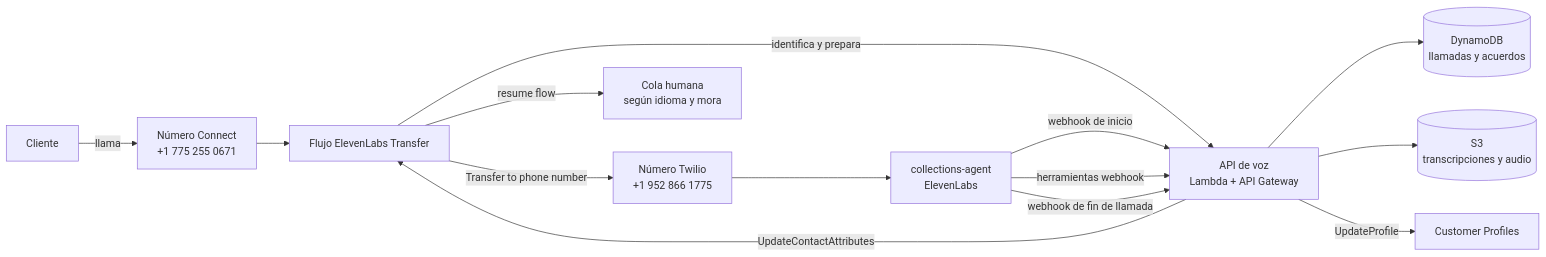
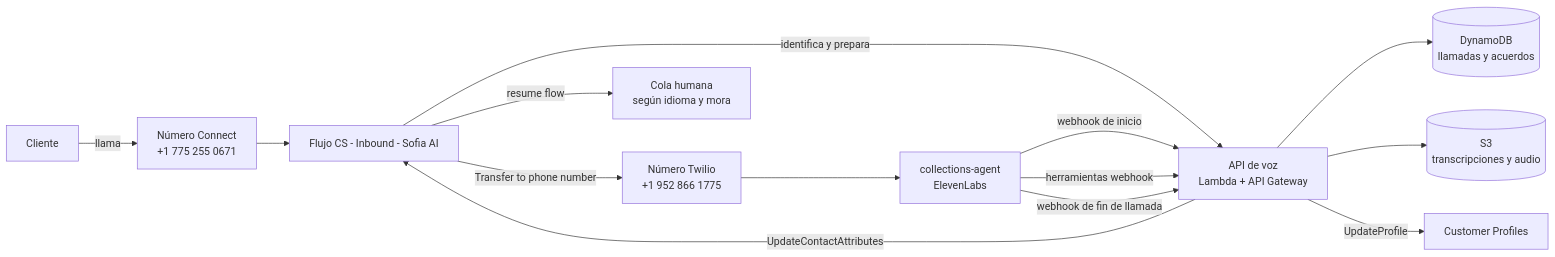
One commit to wmartinez4/contact-center changed the first of 2 diagrams in poc/elevenlabs-ruta-b/diseno.md. Above: the diagram before and after it, drawn with Mermaid. The commit also changed other lines of this file and 9 other files, not shown here.

````diff
--- a/poc/elevenlabs-ruta-b/diseno.md
+++ b/poc/elevenlabs-ruta-b/diseno.md
@@ -29,16 +29,16 @@
 ```mermaid
 flowchart LR
   C[Cliente] -->|llama| N[Número Connect<br/>+1 775 255 0671]
-  N --> F[Flujo ElevenLabs Transfer]
+  N --> F[Flujo CS - Inbound - Sofia AI]
   F -->|identifica y prepara| API[API de voz<br/>Lambda + API Gateway]
   F -->|Transfer to phone number| T[Número Twilio<br/>+1 952 866 1775]
   T --> E[collections-agent<br/>ElevenLabs]
   E -->|webhook de inicio| API
   E -->|herramientas webhook| API
   E -->|webhook de fin de llamada| API
   API --> D[(DynamoDB<br/>llamadas y acuerdos)]
   API --> S[(S3<br/>transcripciones y audio)]
   API -->|UpdateContactAttributes| F
   API -->|UpdateProfile| P[Customer Profiles]
   F -->|resume flow| Q[Cola humana<br/>según idioma y mora]
 ```
````
